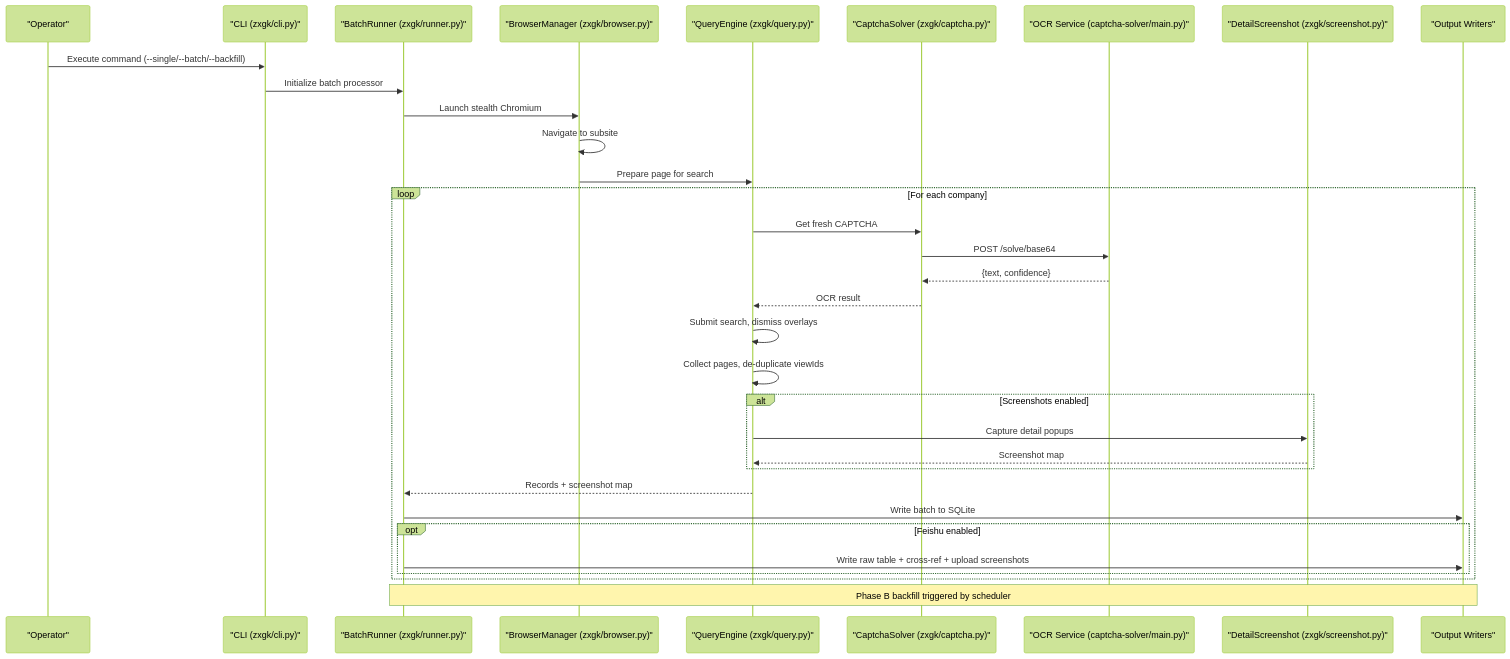
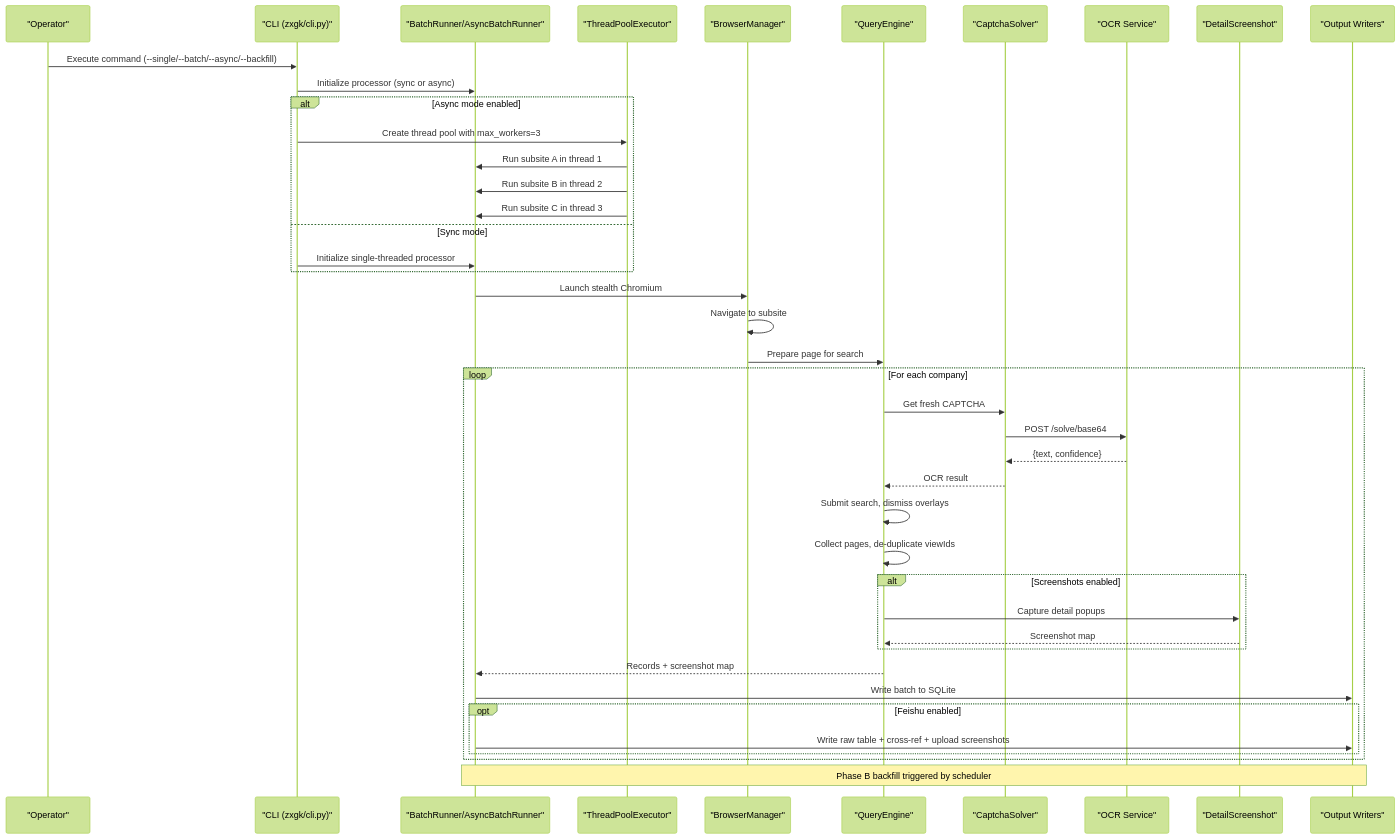
The second of 11 diagrams in .qoder/repowiki/en/content/Core Architecture/Core Architecture.md (supotato-ipj/zxgk_auto_query-skill), drawn with Mermaid (forest theme) before and after one commit. The commit also changed other lines of this file and 19 other files, not shown here.

````diff
--- a/.qoder/repowiki/en/content/Core Architecture/Core Architecture.md
+++ b/.qoder/repowiki/en/content/Core Architecture/Core Architecture.md
@@ -237,35 +291,44 @@
 ```mermaid
 sequenceDiagram
 participant User as "Operator"
 participant CLI as "CLI (zxgk/cli.py)"
-participant Runner as "BatchRunner (zxgk/runner.py)"
-participant Browser as "BrowserManager (zxgk/browser.py)"
-participant Query as "QueryEngine (zxgk/query.py)"
-participant Captcha as "CaptchaSolver (zxgk/captcha.py)"
-participant OCR as "OCR Service (captcha-solver/main.py)"
-participant Screenshot as "DetailScreenshot (zxgk/screenshot.py)"
+participant Runner as "BatchRunner/AsyncBatchRunner"
+participant ThreadPool as "ThreadPoolExecutor"
+participant Browser as "BrowserManager"
+participant Query as "QueryEngine"
+participant Captcha as "CaptchaSolver"
+participant OCR as "OCR Service"
+participant Screenshot as "DetailScreenshot"
 participant Writers as "Output Writers"
-User->>CLI : Execute command (--single/--batch/--backfill)
-CLI->>Runner : Initialize batch processor
+User->>CLI : Execute command (--single/--batch/--async/--backfill)
+CLI->>Runner : Initialize processor (sync or async)
+alt Async mode enabled
+CLI->>ThreadPool : Create thread pool with max_workers=3
+ThreadPool->>Runner : Run subsite A in thread 1
+ThreadPool->>Runner : Run subsite B in thread 2
+ThreadPool->>Runner : Run subsite C in thread 3
+else Sync mode
+CLI->>Runner : Initialize single-threaded processor
+end
 Runner->>Browser : Launch stealth Chromium
 Browser->>Browser : Navigate to subsite
 Browser->>Query : Prepare page for search
 loop For each company
 Query->>Captcha : Get fresh CAPTCHA
 Captcha->>OCR : POST /solve/base64
 OCR-->>Captcha : {text, confidence}
 Captcha-->>Query : OCR result
 Query->>Query : Submit search, dismiss overlays
 Query->>Query : Collect pages, de-duplicate viewIds
 alt Screenshots enabled
 Query->>Screenshot : Capture detail popups
 Screenshot-->>Query : Screenshot map
 end
 Query-->>Runner : Records + screenshot map
 Runner->>Writers : Write batch to SQLite
 opt Feishu enabled
 Runner->>Writers : Write raw table + cross-ref + upload screenshots
 end
 end
 Note over Runner,Writers : Phase B backfill triggered by scheduler
 ```
````
